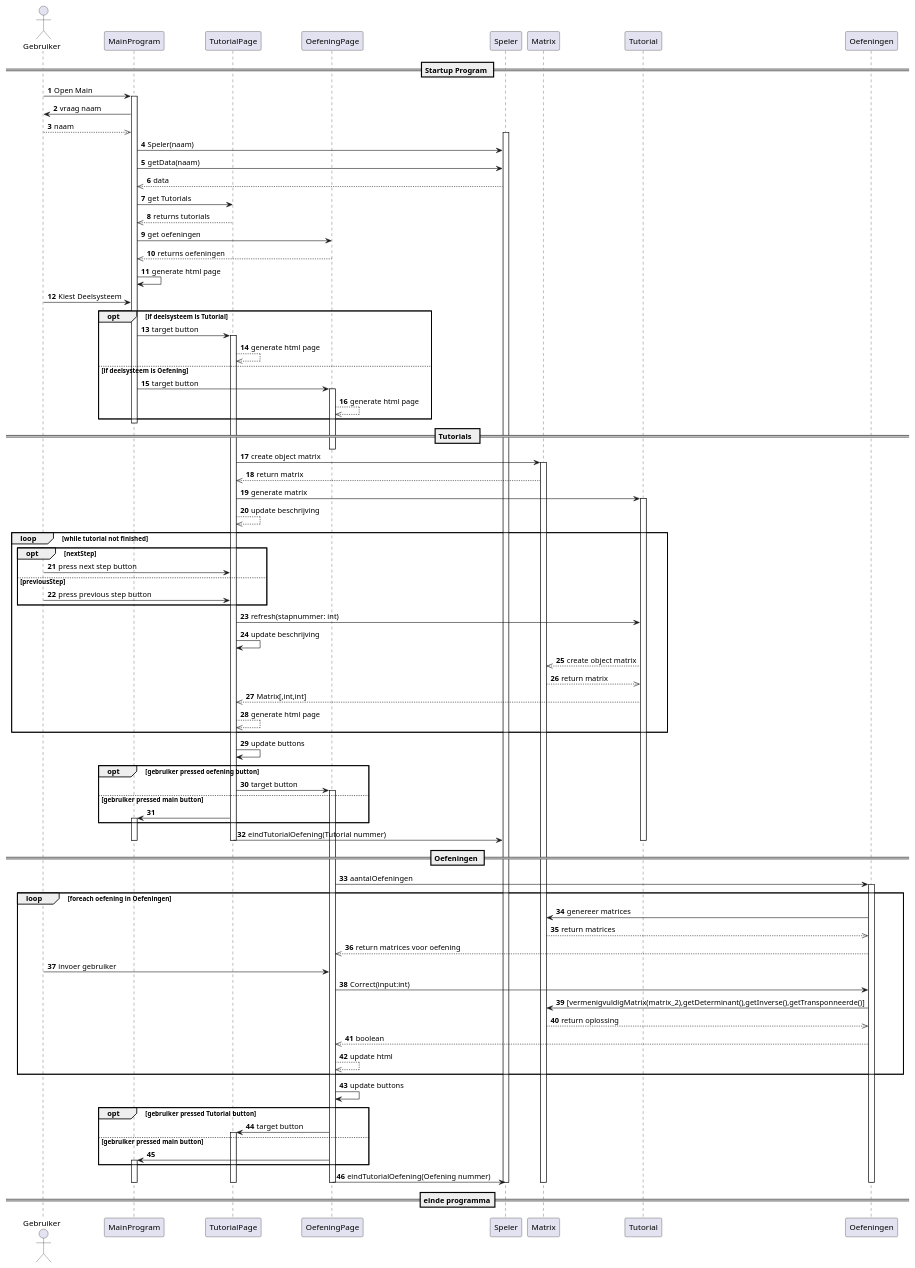
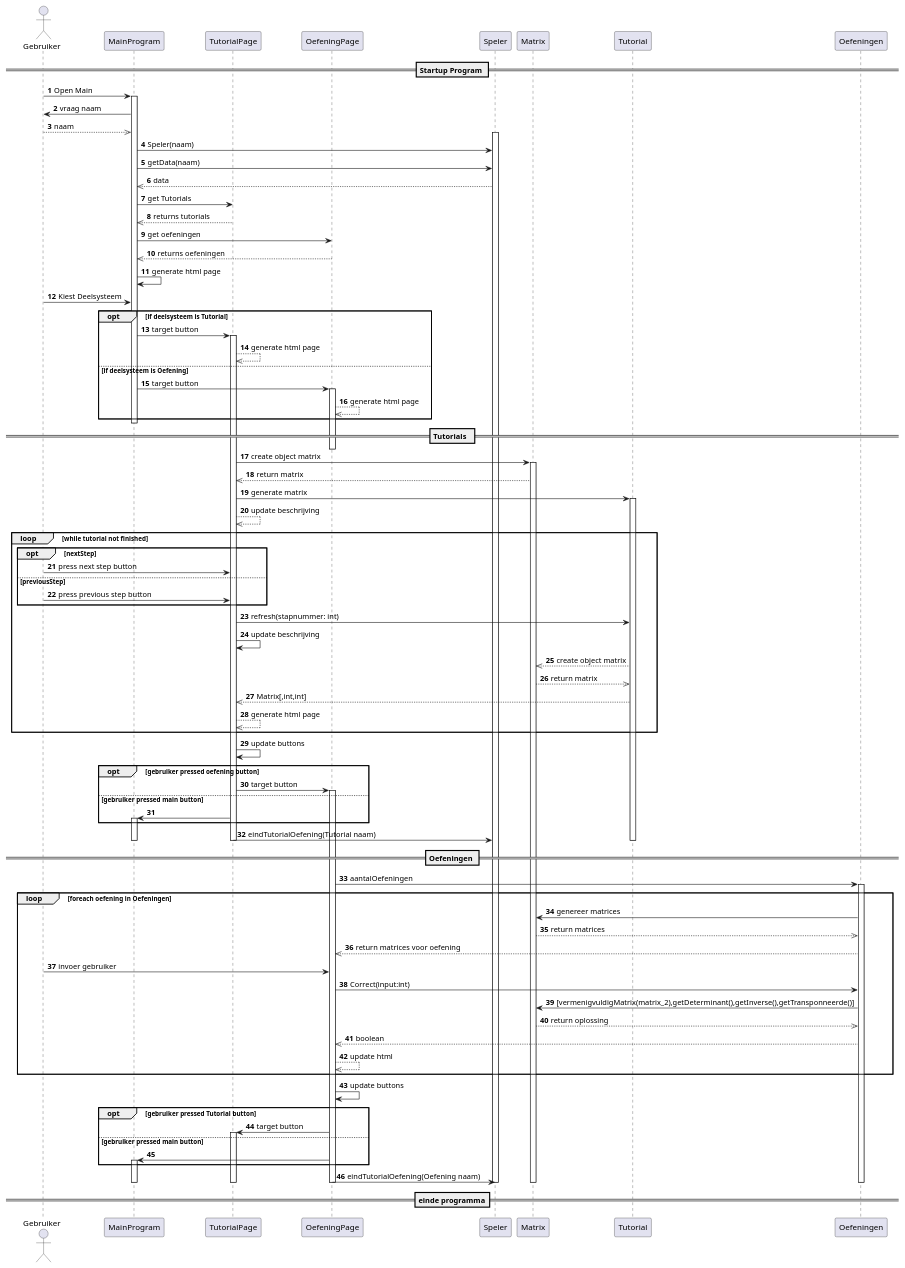
One commit to rtalwar2/WELCOME-TO-THE-MATRIX changed the diagram in Analyse/Sequentiediagram.plantuml. Above: the diagram before and after it, drawn with PlantUML. The commit also changed 3 other files, not shown here.

```diff
--- a/Analyse/Sequentiediagram.plantuml
+++ b/Analyse/Sequentiediagram.plantuml
@@ -1,120 +1,120 @@
 @startuml
 autonumber
 
 actor Gebruiker
 participant MainProgram
 participant TutorialPage
 participant OefeningPage
 
 == Startup Program ==
 Gebruiker ->  MainProgram: Open Main
 activate MainProgram
 MainProgram->Gebruiker:vraag naam
 Gebruiker-->>MainProgram:naam
 
 activate Speler
 MainProgram->Speler:Speler(naam)
 MainProgram->Speler:getData(naam)
 Speler-->>MainProgram:data
 
 
 MainProgram -> TutorialPage :get Tutorials
 TutorialPage-->>MainProgram: returns tutorials
 MainProgram -> OefeningPage :get oefeningen
 OefeningPage-->>MainProgram: returns oefeningen
 
 MainProgram -> MainProgram: generate html page
 Gebruiker -> MainProgram: Kiest Deelsysteem
 
 opt if deelsysteem is Tutorial
     MainProgram->TutorialPage: target button
     activate TutorialPage
     TutorialPage -->> TutorialPage: generate html page
     
  else if deelsysteem is Oefening
     
     MainProgram->OefeningPage: target button
     activate OefeningPage
     OefeningPage -->> OefeningPage: generate html page
 
 end
 deactivate MainProgram
 
 == Tutorials  == 
 deactivate OefeningPage
 TutorialPage -> Matrix: create object matrix
 activate Matrix
 Matrix-->>TutorialPage:return matrix
 TutorialPage -> Tutorial: generate matrix
 activate Tutorial
 TutorialPage -->> TutorialPage:update beschrijving
 loop while tutorial not finished
     opt nextStep
     Gebruiker->TutorialPage: press next step button
     else previousStep
     Gebruiker->TutorialPage: press previous step button
 
 end    
     TutorialPage -> Tutorial: refresh(stapnummer: int) 
     TutorialPage -> TutorialPage: update beschrijving
     Tutorial-->>Matrix: create object matrix
     Matrix-->> Tutorial: return matrix
     Tutorial-->>TutorialPage: Matrix[,int,int]
     ' afhankelijk van welke tutorial je doet kan de refresh methode andere data teruggeven
     ' Er wordt een nieuw matrix object gemaakt en teruggegeven
     TutorialPage -->> TutorialPage: generate html page
 end
 TutorialPage->TutorialPage:update buttons
 
 opt gebruiker pressed oefening button
     TutorialPage->OefeningPage:target button
     activate OefeningPage
    else  gebruiker pressed main button
    TutorialPage->MainProgram
  activate MainProgram
 end
-TutorialPage->Speler:eindTutorialOefening(Tutorial nummer)
+TutorialPage->Speler:eindTutorialOefening(Tutorial naam)
 deactivate MainProgram
 deactivate TutorialPage
 deactivate Tutorial
 == Oefeningen == 
 
 OefeningPage-> Oefeningen: aantalOefeningen
 activate Oefeningen
 loop foreach oefening in Oefeningen
 Oefeningen -> Matrix: genereer matrices
 Matrix -->> Oefeningen: return matrices
 Oefeningen -->> OefeningPage: return matrices voor oefening
 Gebruiker -> OefeningPage: invoer gebruiker
 OefeningPage -> Oefeningen: Correct(input:int)
 Oefeningen -> Matrix: [vermenigvuldigMatrix(matrix_2),getDeterminant(),getInverse(),getTransponneerde()]
 Matrix -->> Oefeningen: return oplossing
 Oefeningen -->> OefeningPage: boolean
 OefeningPage -->> OefeningPage: update html
 ' Gebruiker->OefeningPage:hint pressed
 ' OefeningPage->Oefeningen:show hint
 ' Oefeningen-->>OefeningPage: return hint
 end
 OefeningPage->OefeningPage:update buttons
 
 opt gebruiker pressed Tutorial button
     TutorialPage<-OefeningPage:target button
     activate TutorialPage
    else  gebruiker pressed main button
    OefeningPage->MainProgram
  activate MainProgram
 end
 
-OefeningPage->Speler:eindTutorialOefening(Oefening nummer)
+OefeningPage->Speler:eindTutorialOefening(Oefening naam)
 deactivate TutorialPage
 deactivate OefeningPage
 deactivate Oefeningen
 ==einde programma==
 deactivate Matrix
 deactivate Speler
 deactivate TutorialPage
 deactivate Tutorial
 deactivate OefeningPage
 deactivate Oefeningen
 deactivate MainProgram
 @enduml
```
